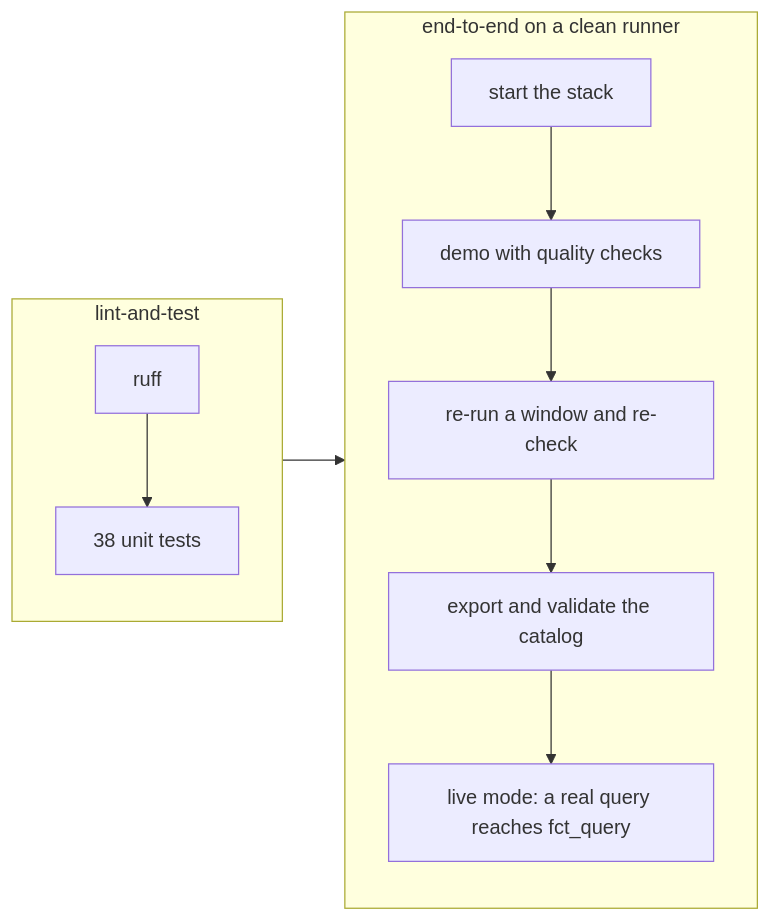
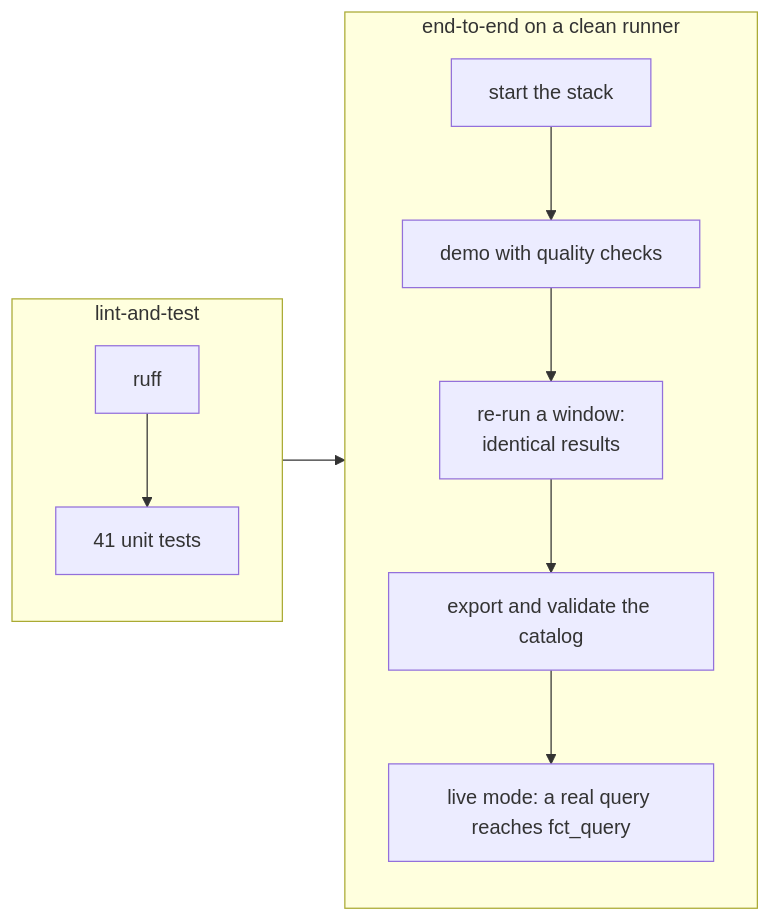
Before and after one commit to alexSerranoR/trino-usage-meta-dwh: diagram 15 of 15 in README.md, drawn with Mermaid. The commit also changed other lines of this file, not shown here.

````diff
--- a/README.md
+++ b/README.md
@@ -713,13 +743,13 @@
 ```mermaid
 flowchart LR
     subgraph J1[lint-and-test]
-        L[ruff] --> UT[38 unit tests]
+        L[ruff] --> UT[41 unit tests]
     end
     subgraph J2[end-to-end on a clean runner]
         UP[start the stack] --> DEMO[demo with quality checks]
-        DEMO --> RR[re-run a window and re-check]
+        DEMO --> RR[re-run a window:<br/>identical results]
         RR --> EX[export and validate the catalog]
         EX --> LIVE[live mode: a real query reaches fct_query]
     end
     J1 --> J2
 ```
````
